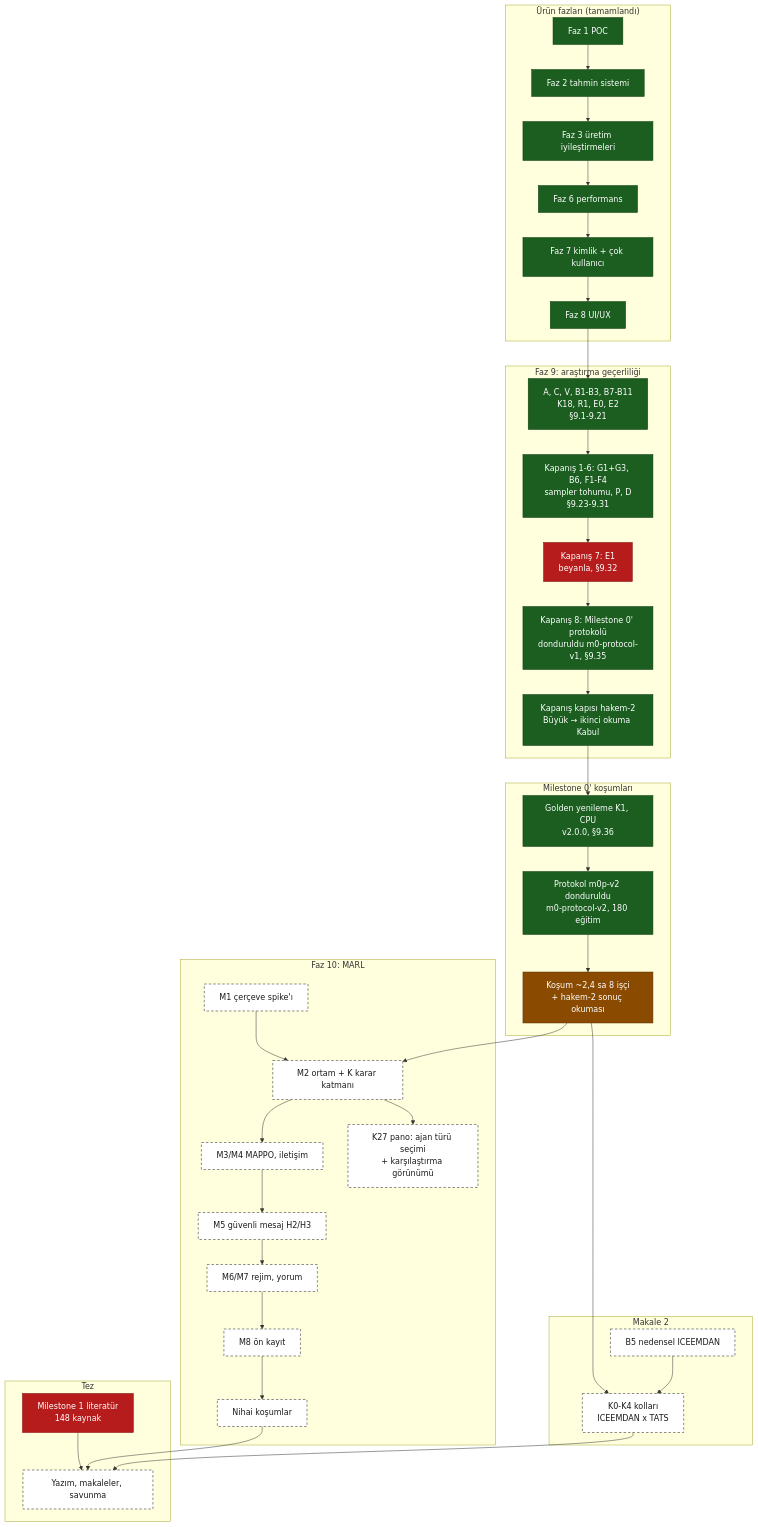
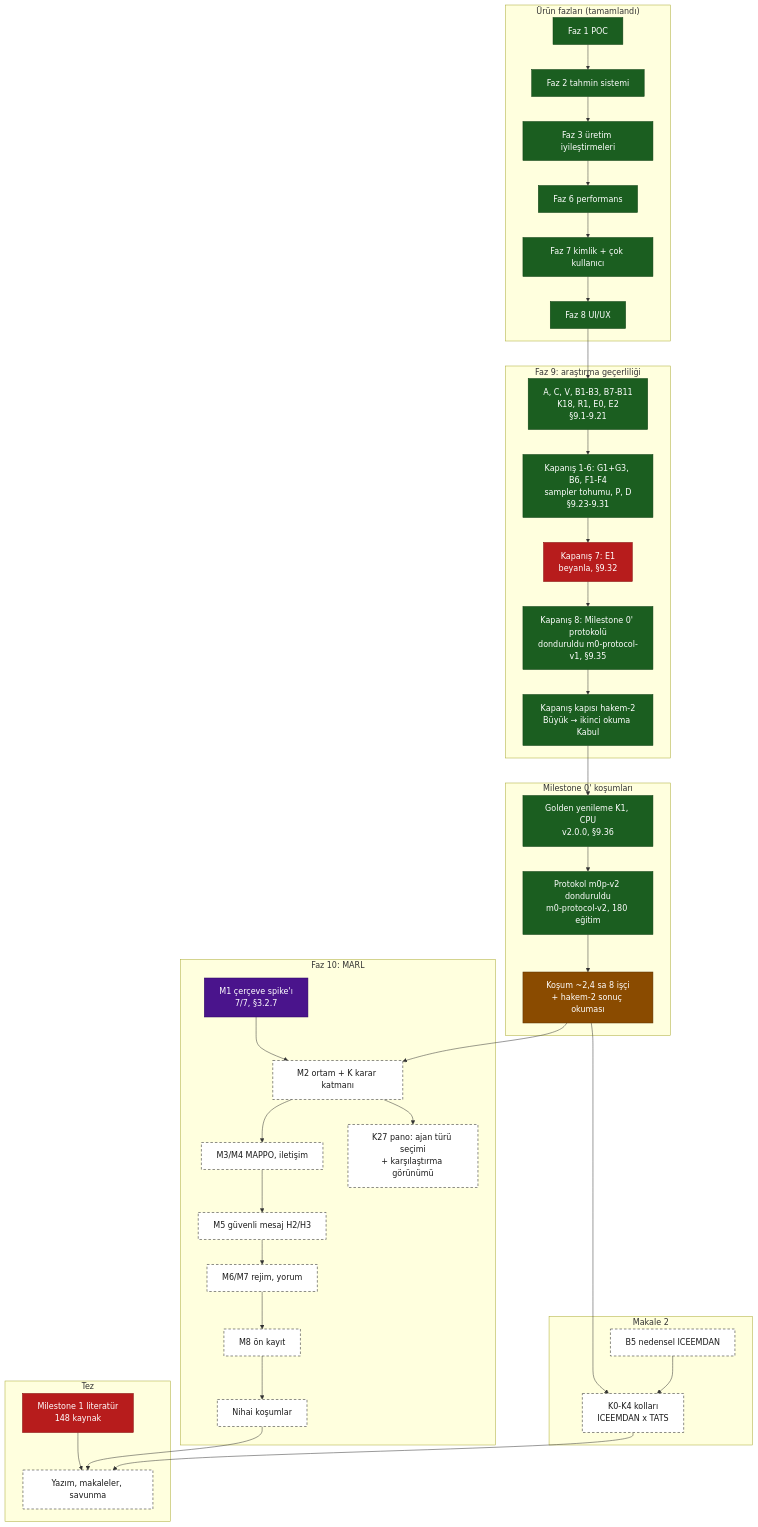
The second of 2 diagrams in docs/development/system-map.md (softdevcan/RL-Trading-Project), drawn with Mermaid before and after one commit. The commit also changed other lines of this file and 6 other files, not shown here.

````diff
--- a/docs/development/system-map.md
+++ b/docs/development/system-map.md
@@ -112,63 +112,63 @@
 ```mermaid
 flowchart TB
   classDef done fill:#1b5e20,stroke:#0b3d10,color:#ffffff
   classDef partial fill:#b71c1c,stroke:#7f0000,color:#ffffff
   classDef active fill:#8a4b00,stroke:#5a3000,color:#ffffff
   classDef decision fill:#4a148c,stroke:#2a0060,color:#ffffff
   classDef planned fill:#ffffff,stroke:#1a1a1a,stroke-dasharray:5 4,color:#1a1a1a
 
   subgraph URUN["Ürün fazları (tamamlandı)"]
     F1["Faz 1 POC"]:::done
     F2["Faz 2 tahmin sistemi"]:::done
     F3["Faz 3 üretim iyileştirmeleri"]:::done
     F6["Faz 6 performans"]:::done
     F7["Faz 7 kimlik + çok kullanıcı"]:::done
     F8["Faz 8 UI/UX"]:::done
   end
 
   subgraph F9["Faz 9: araştırma geçerliliği"]
     P9A["A, C, V, B1-B3, B7-B11<br/>K18, R1, E0, E2<br/>§9.1-9.21"]:::done
     P9B["Kapanış 1-6: G1+G3, B6, F1-F4<br/>sampler tohumu, P, D<br/>§9.23-9.31"]:::done
     P9E["Kapanış 7: E1<br/>beyanla, §9.32"]:::partial
     P9M["Kapanış 8: Milestone 0' protokolü<br/>donduruldu m0-protocol-v1, §9.35"]:::done
     H2["Kapanış kapısı hakem-2<br/>Büyük → ikinci okuma Kabul"]:::done
   end
 
   subgraph M0["Milestone 0' koşumları"]
     GOLD["Golden yenileme K1, CPU<br/>v2.0.0, §9.36"]:::done
     PRE["Protokol m0p-v2 donduruldu<br/>m0-protocol-v2, 180 eğitim"]:::done
     FIN["Koşum ~2,4 sa 8 işçi<br/>+ hakem-2 sonuç okuması"]:::active
   end
 
   subgraph M2P["Makale 2"]
     B5["B5 nedensel ICEEMDAN"]:::planned
     K0K4["K0-K4 kolları<br/>ICEEMDAN x TATS"]:::planned
   end
 
   subgraph F10["Faz 10: MARL"]
-    M1["M1 çerçeve spike'ı"]:::planned
+    M1["M1 çerçeve spike'ı<br/>7/7, §3.2.7"]:::decision
     M2["M2 ortam + K karar katmanı"]:::planned
     M34["M3/M4 MAPPO, iletişim"]:::planned
     M5["M5 güvenli mesaj H2/H3"]:::planned
     M67["M6/M7 rejim, yorum"]:::planned
     M8["M8 ön kayıt"]:::planned
     FINAL["Nihai koşumlar"]:::planned
     K27["K27 pano: ajan türü seçimi<br/>+ karşılaştırma görünümü"]:::planned
   end
 
   subgraph TEZ["Tez"]
     T1["Milestone 1 literatür<br/>148 kaynak"]:::partial
     T4["Yazım, makaleler, savunma"]:::planned
   end
 
   F1 --> F2 --> F3 --> F6 --> F7 --> F8 --> P9A --> P9B --> P9E --> P9M --> H2
   H2 --> GOLD --> PRE --> FIN
   FIN --> K0K4
   B5 --> K0K4
   M1 --> M2
   FIN --> M2 --> M34 --> M5 --> M67 --> M8 --> FINAL
   M2 --> K27
   T1 --> T4
   FINAL --> T4
   K0K4 --> T4
 ```
````
